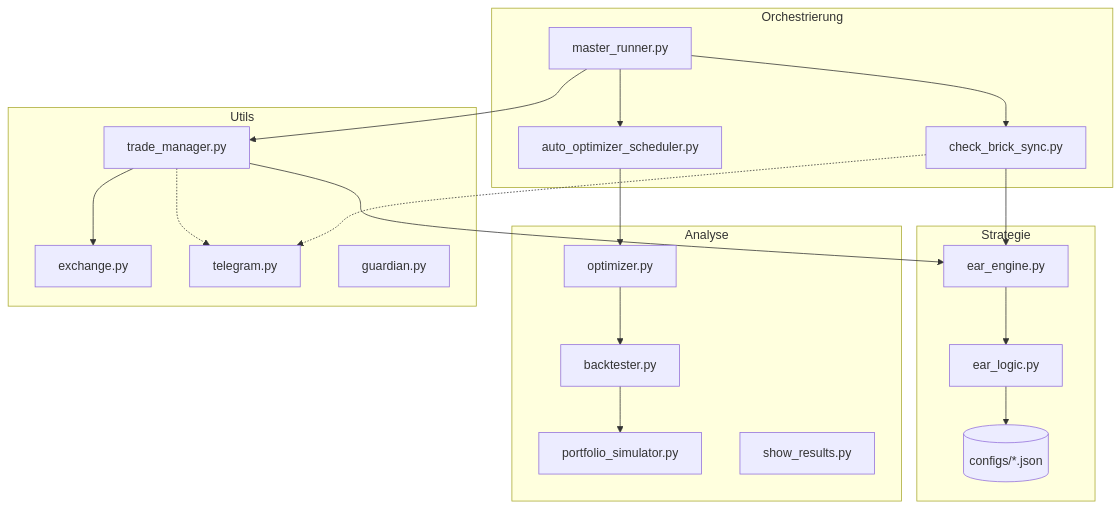
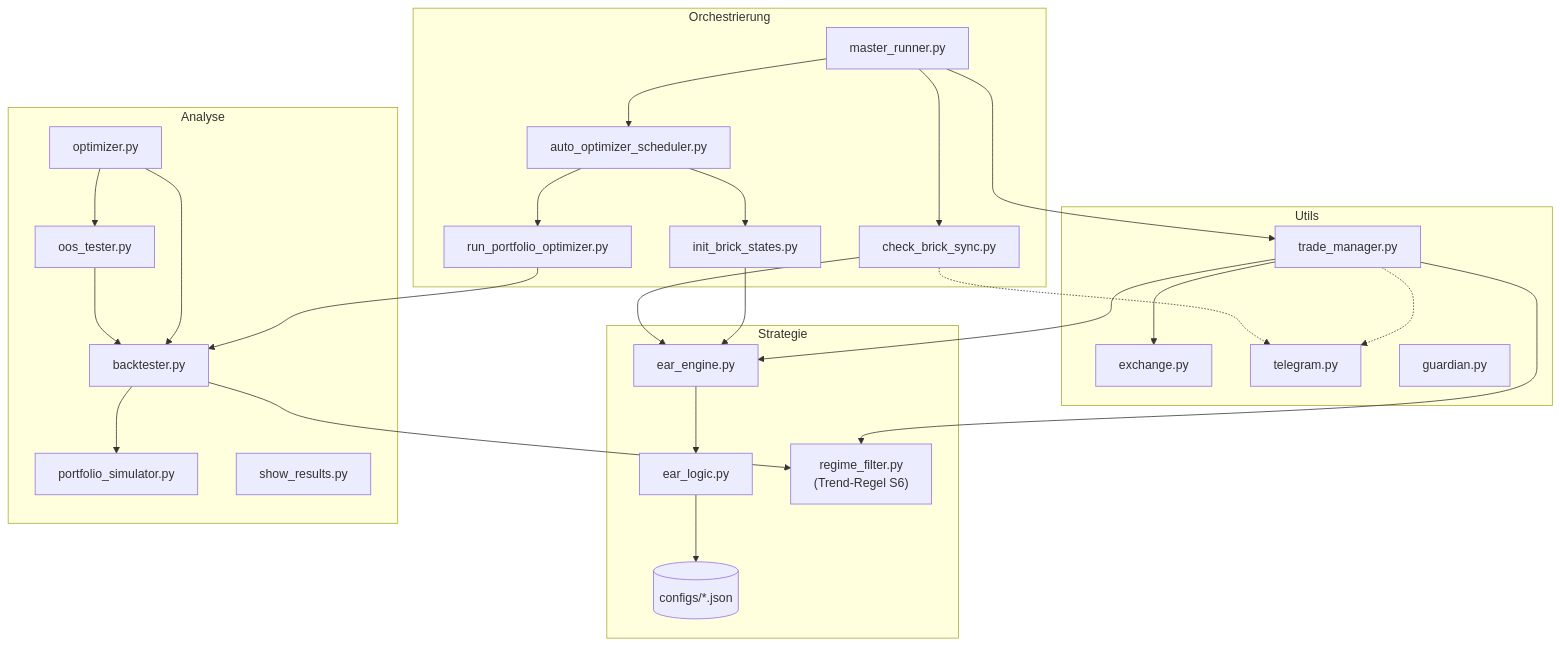
Before and after one commit to Youra82/zerobot: the third of 8 diagrams in README.md, drawn with Mermaid. The commit also changed other lines of this file and 4 other files, not shown here.

First line of the commit message:
README komplett aktualisiert: Trend-Regel S6, echte Live-Logik, neue Grafiken

````diff
--- a/README.md
+++ b/README.md
@@ -114,33 +164,41 @@
 ```mermaid
 flowchart TD
     subgraph Orchestrierung
         MR["master_runner.py"]
         AOS["auto_optimizer_scheduler.py"]
+        RPO["run_portfolio_optimizer.py"]
         CBS["check_brick_sync.py"]
+        IBS["init_brick_states.py"]
     end
     subgraph Strategie
         EAR["ear_engine.py"]
         LOGIC["ear_logic.py"]
+        RF["regime_filter.py<br/>(Trend-Regel S6)"]
         CFG[("configs/*.json")]
     end
     subgraph Analyse
         OPT["optimizer.py"]
+        OOS["oos_tester.py"]
         BT["backtester.py"]
         PS["portfolio_simulator.py"]
         SR["show_results.py"]
     end
     subgraph Utils
         EX["exchange.py"]
         TM["trade_manager.py"]
         TG["telegram.py"]
         GD["guardian.py"]
     end
     MR --> TM --> EX
-    MR --> AOS --> OPT
+    MR --> AOS --> RPO --> BT
+    AOS --> IBS --> EAR
     MR --> CBS --> EAR
     TM --> EAR --> LOGIC
     LOGIC --> CFG
+    TM --> RF
+    BT --> RF
     OPT --> BT --> PS
+    OPT --> OOS --> BT
     TM -.-> TG
     CBS -.-> TG
 ```
````
